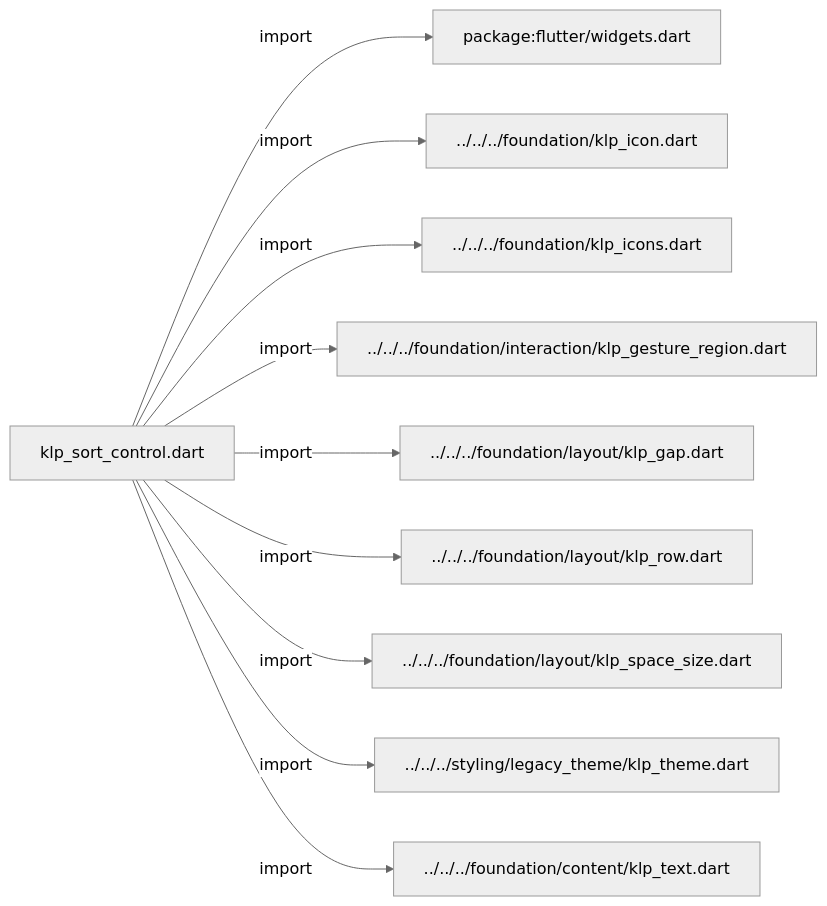
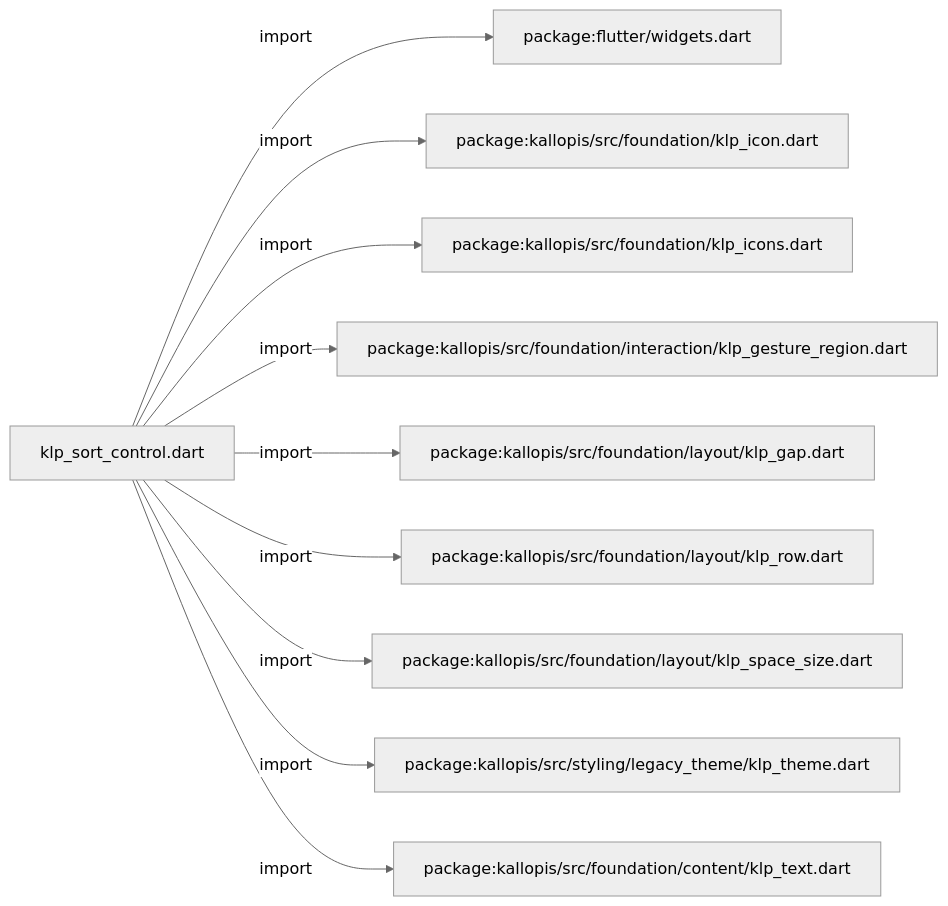
Before and after one commit to MiuDog/Kallopis: the first of 3 diagrams in docs/architecture/src/features/collections/sort_control/klp_sort_control.md, drawn with Mermaid (neutral theme). The commit also changed other lines of this file and 9688 other files, not shown here.

Commit message:
Prepare isolated Flow F2 peer baseline

````diff
--- a/docs/architecture/src/features/collections/sort_control/klp_sort_control.md
+++ b/docs/architecture/src/features/collections/sort_control/klp_sort_control.md
@@ -11,22 +11,22 @@
 ```mermaid
 flowchart LR
 	n0["klp_sort_control.dart"]
 	n1["package:flutter/widgets.dart"]
-	n2["../../../foundation/klp_icon.dart"]
-	n3["../../../foundation/klp_icons.dart"]
-	n4["../../../foundation/interaction/klp_gesture_region.dart"]
-	n5["../../../foundation/layout/klp_gap.dart"]
-	n6["../../../foundation/layout/klp_row.dart"]
-	n7["../../../foundation/layout/klp_space_size.dart"]
-	n8["../../../styling/legacy_theme/klp_theme.dart"]
-	n9["../../../foundation/content/klp_text.dart"]
+	n2["package:kallopis/src/foundation/klp_icon.dart"]
+	n3["package:kallopis/src/foundation/klp_icons.dart"]
+	n4["package:kallopis/src/foundation/interaction/klp_gesture_region.dart"]
+	n5["package:kallopis/src/foundation/layout/klp_gap.dart"]
+	n6["package:kallopis/src/foundation/layout/klp_row.dart"]
+	n7["package:kallopis/src/foundation/layout/klp_space_size.dart"]
+	n8["package:kallopis/src/styling/legacy_theme/klp_theme.dart"]
+	n9["package:kallopis/src/foundation/content/klp_text.dart"]
 	n0 -->|"import"| n1
 	n0 -->|"import"| n2
 	n0 -->|"import"| n3
 	n0 -->|"import"| n4
 	n0 -->|"import"| n5
 	n0 -->|"import"| n6
 	n0 -->|"import"| n7
 	n0 -->|"import"| n8
 	n0 -->|"import"| n9
 ```
````
